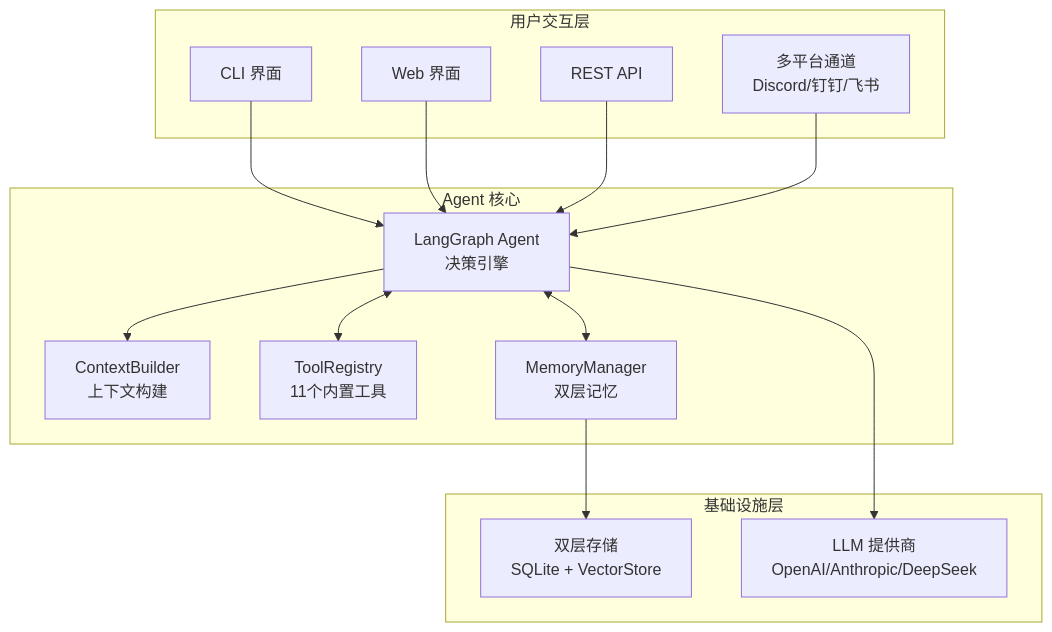
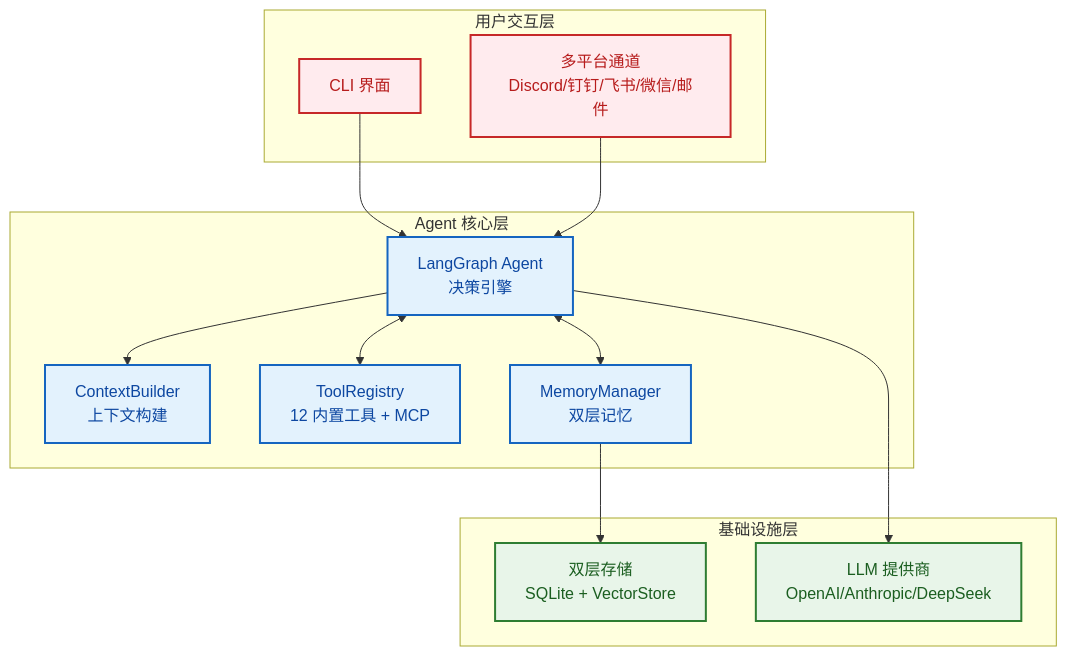
Before and after one commit to xt765/FinchBot: the second of 8 diagrams in README_CN.md, drawn with Mermaid. The commit also changed other lines of this file and 63 other files, not shown here.

````diff
--- a/README_CN.md
+++ b/README_CN.md
@@ -144,33 +140,33 @@
 ```mermaid
 graph TB
+    classDef uiLayer fill:#ffebee,stroke:#c62828,stroke-width:2px,color:#b71c1c;
+    classDef coreLayer fill:#e3f2fd,stroke:#1565c0,stroke-width:2px,color:#0d47a1;
+    classDef infraLayer fill:#e8f5e9,stroke:#2e7d32,stroke-width:2px,color:#1b5e20;
+
     subgraph UI [用户交互层]
-        CLI[CLI 界面]
-        Web[Web 界面]
-        API[REST API]
-        Channels[多平台通道<br/>Discord/钉钉/飞书]
+        CLI[CLI 界面]:::uiLayer
+        Channels[多平台通道<br/>Discord/钉钉/飞书/微信/邮件]:::uiLayer
     end
 
-    subgraph Core [Agent 核心]
-        Agent[LangGraph Agent<br/>决策引擎]
-        Context[ContextBuilder<br/>上下文构建]
-        Tools[ToolRegistry<br/>11个内置工具]
-        Memory[MemoryManager<br/>双层记忆]
+    subgraph Core [Agent 核心层]
+        Agent[LangGraph Agent<br/>决策引擎]:::coreLayer
+        Context[ContextBuilder<br/>上下文构建]:::coreLayer
+        Tools[ToolRegistry<br/>12 内置工具 + MCP]:::coreLayer
+        Memory[MemoryManager<br/>双层记忆]:::coreLayer
     end
 
     subgraph Infra [基础设施层]
-        Storage[双层存储<br/>SQLite + VectorStore]
-        LLM[LLM 提供商<br/>OpenAI/Anthropic/DeepSeek]
+        Storage[双层存储<br/>SQLite + VectorStore]:::infraLayer
+        LLM[LLM 提供商<br/>OpenAI/Anthropic/DeepSeek]:::infraLayer
     end
 
     CLI --> Agent
-    Web --> Agent
-    API --> Agent
     Channels --> Agent
 
     Agent --> Context
     Agent <--> Tools
     Agent <--> Memory
 
     Memory --> Storage
     Agent --> LLM
 ```
````
